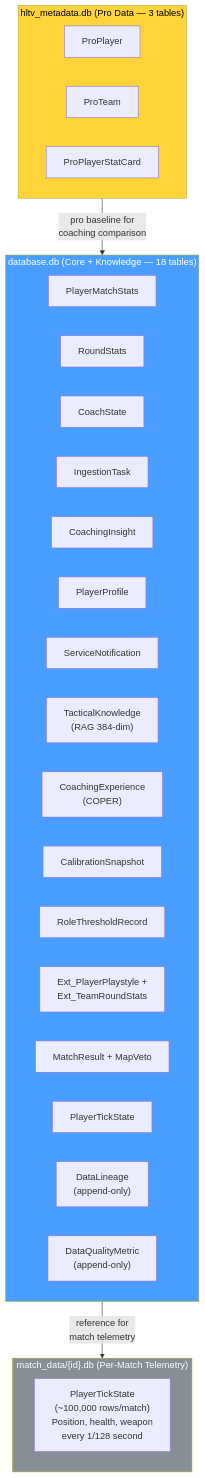
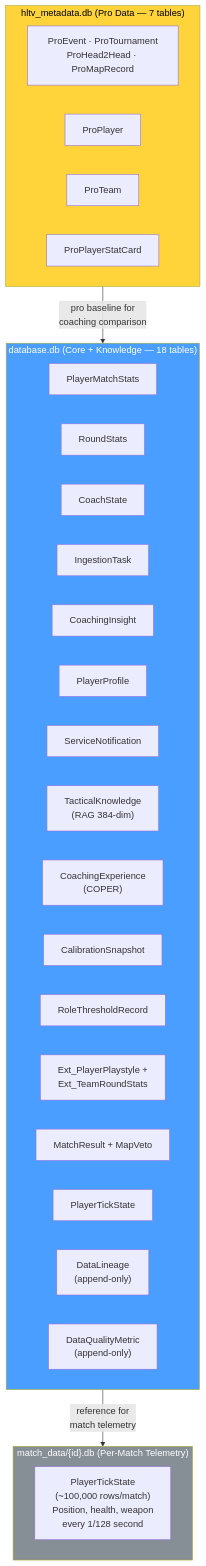
One commit to renanaugustomacena-ux/Counter-Strike-coach-AI changed the first of 52 diagrams in docs/books/Book-Coach-3-en.md. Above: the diagram before and after it, drawn with Mermaid. The commit also changed other lines of this file and 36 other files, not shown here.

````diff
--- a/docs/books/Book-Coach-3-en.md
+++ b/docs/books/Book-Coach-3-en.md
@@ -65,34 +68,35 @@
 ```mermaid
 flowchart TB
     subgraph DB1["database.db (Core + Knowledge — 18 tables)"]
         PMS_DB["PlayerMatchStats"]
         RS_DB["RoundStats"]
         CS_DB["CoachState"]
         IT_DB["IngestionTask"]
         CI_DB["CoachingInsight"]
         PP_DB["PlayerProfile"]
         SN_DB["ServiceNotification"]
         TK_DB["TacticalKnowledge<br/>(RAG 384-dim)"]
         CE_DB["CoachingExperience<br/>(COPER)"]
         CALIB["CalibrationSnapshot"]
         ROLE_TH["RoleThresholdRecord"]
         EXT_DB["Ext_PlayerPlaystyle +<br/>Ext_TeamRoundStats"]
         MATCH_DB["MatchResult + MapVeto"]
         PTS_DB["PlayerTickState"]
         DL_DB["DataLineage<br/>(append-only)"]
         DQM_DB["DataQualityMetric<br/>(append-only)"]
     end
-    subgraph DB2["hltv_metadata.db (Pro Data — 3 tables)"]
+    subgraph DB2["hltv_metadata.db (Pro Data — 7 tables)"]
+        EXT_HLTV["ProEvent · ProTournament<br/>ProHead2Head · ProMapRecord"]
         PRO_DB["ProPlayer"]
         TEAM_DB["ProTeam"]
         STAT_DB["ProPlayerStatCard"]
     end
     subgraph DB3["match_data/{id}.db (Per-Match Telemetry)"]
         PTS_MATCH["PlayerTickState<br/>(~100,000 rows/match)<br/>Position, health, weapon<br/>every 1/128 second"]
     end
     DB2 -->|"pro baseline for<br/>coaching comparison"| DB1
     DB1 -->|"reference for<br/>match telemetry"| DB3
     style DB1 fill:#4a9eff,color:#fff
     style DB2 fill:#ffd43b,color:#000
     style DB3 fill:#868e96,color:#fff
 ```
````
